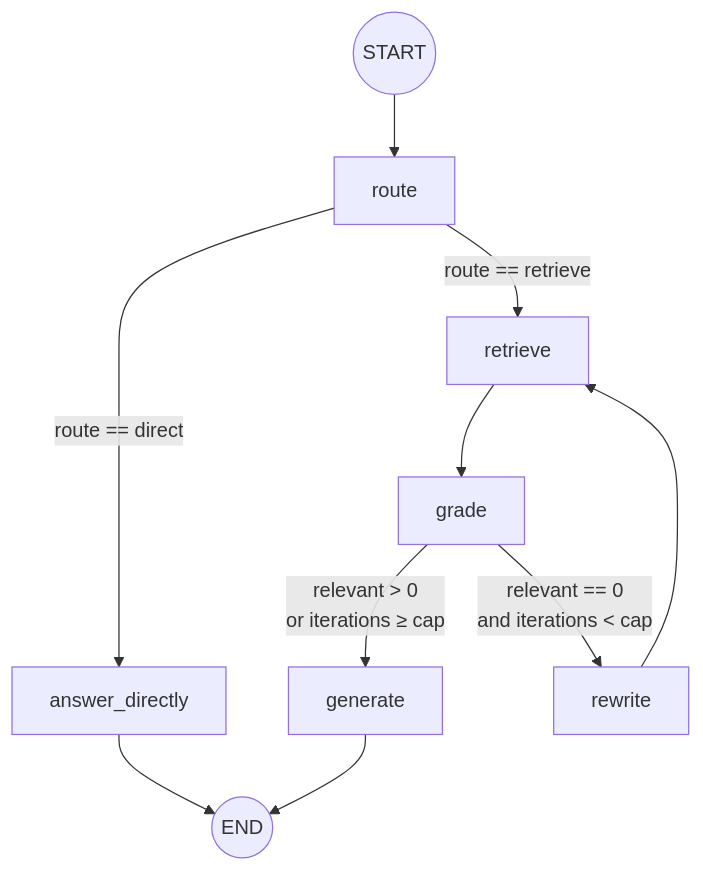
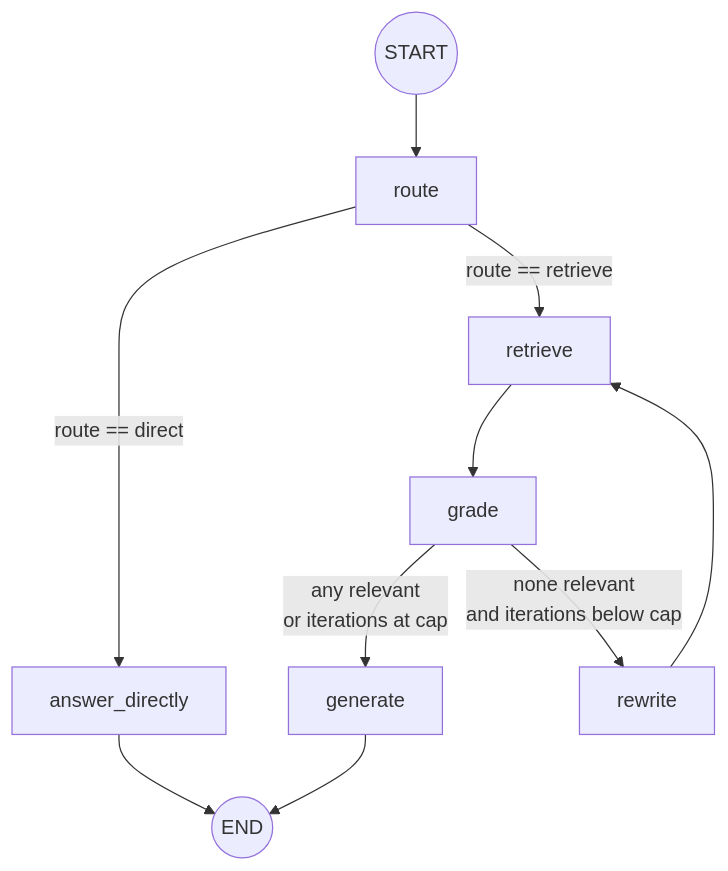
Before and after one commit to ingscarrero/local-rag: the third of 4 diagrams in docs/03-architecture.md, drawn with Mermaid. The commit also changed other lines of this file and 1 other file, not shown here.

Commit message:
docs: reword mermaid labels to avoid raw angle brackets
Addresses Copilot review on #1: '<' and '>' inside flowchart labels can be
parsed as HTML by GitHub's Mermaid renderer. Comparisons are now spelled
out ('below cap', 'any relevant') in README, the agent-graph flowchart, and
the sequence-diagram loop.

````diff
--- a/docs/03-architecture.md
+++ b/docs/03-architecture.md
@@ -114,10 +114,10 @@
 ```mermaid
 flowchart TD
     S((START)) --> route
     route -- "route == direct" --> answer_directly --> E((END))
     route -- "route == retrieve" --> retrieve
     retrieve --> grade
-    grade -- "relevant > 0<br/>or iterations ≥ cap" --> generate --> E
-    grade -- "relevant == 0<br/>and iterations < cap" --> rewrite
+    grade -- "any relevant<br/>or iterations at cap" --> generate --> E
+    grade -- "none relevant<br/>and iterations below cap" --> rewrite
     rewrite --> retrieve
 ```
````
